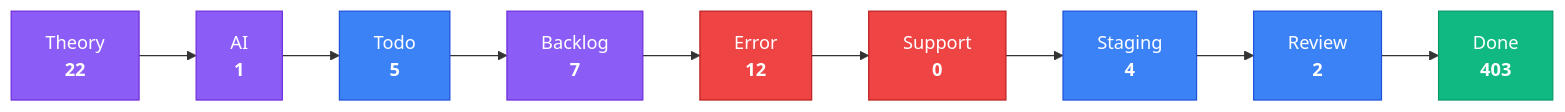
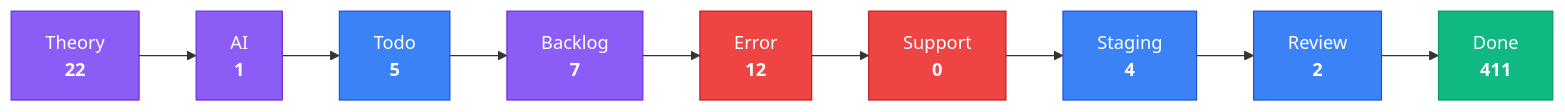
One commit to KBVE/kbve changed the third of 4 diagrams in apps/kbve/astro-kbve/src/content/docs/dashboard/kanban.mdx. Above: the diagram before and after it, drawn with Mermaid. The commit also changed other lines of this file and 7 other files, not shown here.

````diff
--- a/apps/kbve/astro-kbve/src/content/docs/dashboard/kanban.mdx
+++ b/apps/kbve/astro-kbve/src/content/docs/dashboard/kanban.mdx
@@ -80,28 +80,28 @@
 ```mermaid
 flowchart LR
     classDef planning fill:#8b5cf6,stroke:#6d28d9,color:#fff
     classDef active fill:#3b82f6,stroke:#1d4ed8,color:#fff
     classDef blocked fill:#ef4444,stroke:#b91c1c,color:#fff
     classDef done fill:#10b981,stroke:#059669,color:#fff
     Theory["Theory<br/><strong>22</strong>"]
     Theory --> AI
     AI["AI<br/><strong>1</strong>"]
     AI --> Todo
     Todo["Todo<br/><strong>5</strong>"]
     Todo --> Backlog
     Backlog["Backlog<br/><strong>7</strong>"]
     Backlog --> Error
     Error["Error<br/><strong>12</strong>"]
     Error --> Support
     Support["Support<br/><strong>0</strong>"]
     Support --> Staging
     Staging["Staging<br/><strong>4</strong>"]
     Staging --> Review
     Review["Review<br/><strong>2</strong>"]
     Review --> Done
-    Done["Done<br/><strong>403</strong>"]
+    Done["Done<br/><strong>411</strong>"]
     class Theory,AI,Backlog planning
     class Todo,Staging,Review active
     class Error,Support blocked
     class Done done
 ```
````
